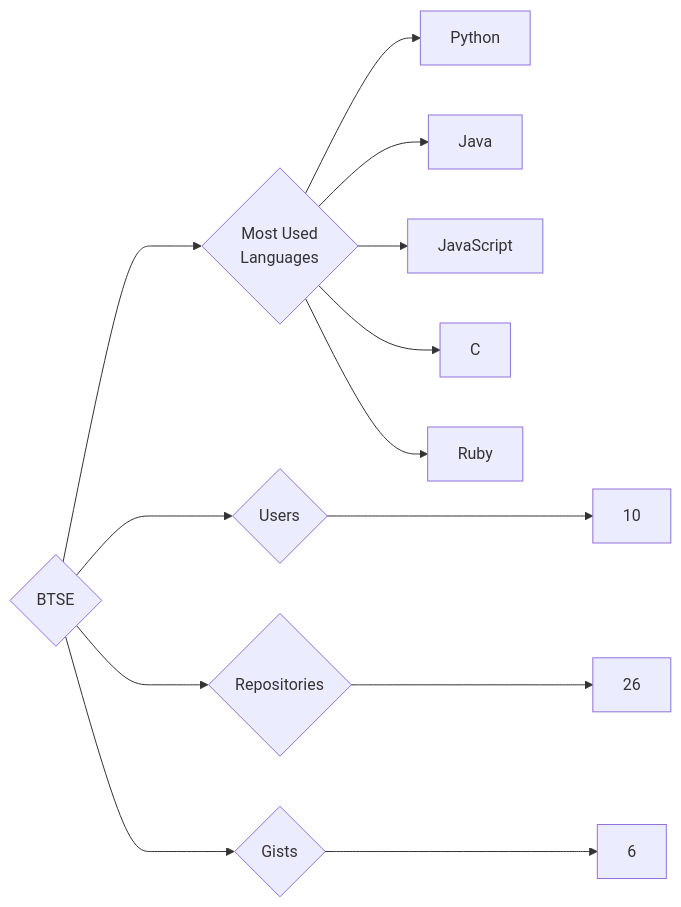
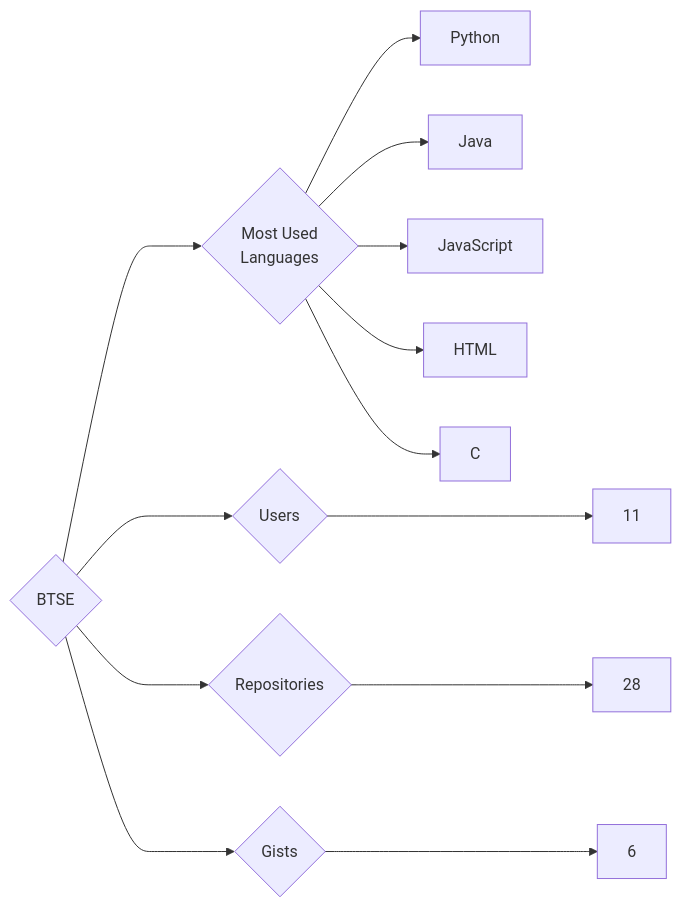
One commit to trickest/insiders changed the diagram in targets/BTSE/README.md. Above: the diagram before and after it, drawn with Mermaid. The commit also changed 1092 other files, not shown here.

````diff
--- a/targets/BTSE/README.md
+++ b/targets/BTSE/README.md
@@ -3,13 +3,13 @@
 ```mermaid
 graph LR
 COMPANY_NAME{BTSE}
-COMPANY_NAME ---> U{Users} ---> UN[10]
-COMPANY_NAME ---> R{Repositories} ---> RN[26]
+COMPANY_NAME ---> U{Users} ---> UN[11]
+COMPANY_NAME ---> R{Repositories} ---> RN[28]
 COMPANY_NAME ---> G{Gists} ---> GN[6]
 COMPANY_NAME ---> ML{Most Used<br>Languages}
 ML --> Python[Python]
 ML --> Java[Java]
 ML --> JavaScript[JavaScript]
+ML --> HTML[HTML]
 ML --> C[C]
-ML --> Ruby[Ruby]
 ```
````
